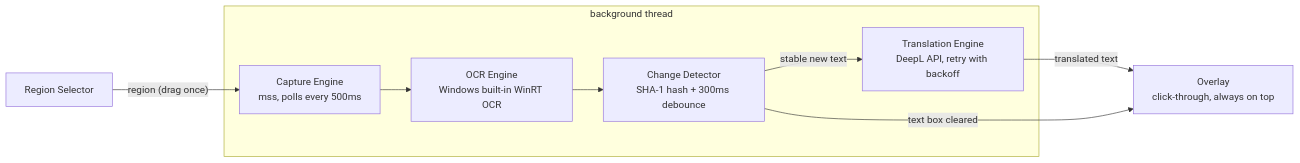
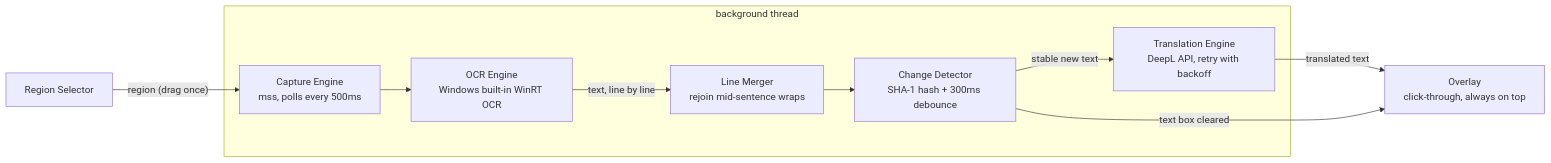
The diagram in README.md (hoanglong1208/vnlens), drawn with Mermaid before and after one commit. The commit also changed other lines of this file, not shown here.

Commit message:
docs: document line structure handling in readme

````diff
--- a/README.md
+++ b/README.md
@@ -11,11 +11,12 @@
 ```mermaid
 flowchart LR
     RS[Region Selector] -- "region (drag once)" --> CAP
     subgraph background thread
         CAP["Capture Engine\nmss, polls every 500ms"] --> OCR["OCR Engine\nWindows built-in WinRT OCR"]
-        OCR --> CD["Change Detector\nSHA-1 hash + 300ms debounce"]
+        OCR -- "text, line by line" --> LM["Line Merger\nrejoin mid-sentence wraps"]
+        LM --> CD["Change Detector\nSHA-1 hash + 300ms debounce"]
         CD -- "stable new text" --> TR["Translation Engine\nDeepL API, retry with backoff"]
     end
     TR -- "translated text" --> OV["Overlay\nclick-through, always on top"]
     CD -- "text box cleared" --> OV
 ```
````
